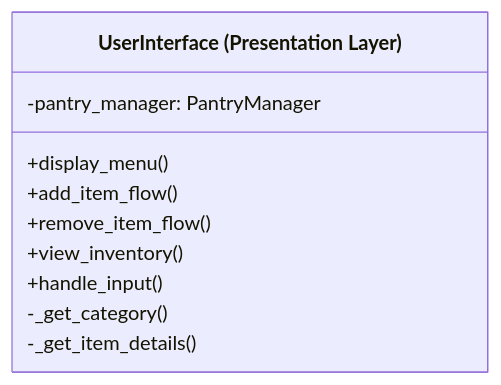
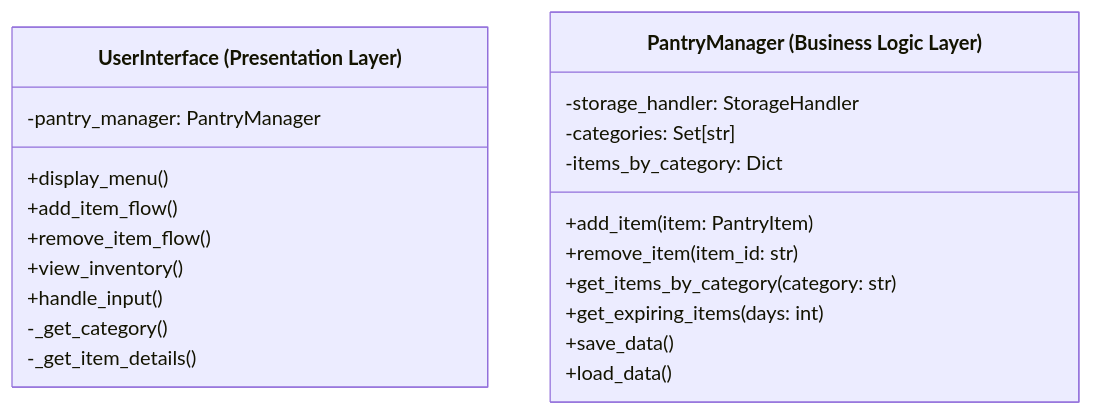
The diagram in cwd_3c/class_Diagram.md (ostafford/cwd_playground), drawn with Mermaid before and after one commit. The commit also changed other lines of this file, not shown here.

````diff
--- a/cwd_3c/class_Diagram.md
+++ b/cwd_3c/class_Diagram.md
@@ -1,15 +1,25 @@
 ```mermaid
 classDiagram
-    class Title ["UserInterface (Presentation Layer)"] {
+    class Presentation_Title ["UserInterface (Presentation Layer)"] {
         -pantry_manager: PantryManager
         +display_menu()
         +add_item_flow()
         +remove_item_flow()
         +view_inventory()
         +handle_input()
         -_get_category()
         -_get_item_details()
     }
 
-
+class Business_Logic_Title ["PantryManager (Business Logic Layer)"] {
+        -storage_handler: StorageHandler
+        -categories: Set[str]
+        -items_by_category: Dict
+        +add_item(item: PantryItem)
+        +remove_item(item_id: str)
+        +get_items_by_category(category: str)
+        +get_expiring_items(days: int)
+        +save_data()
+        +load_data()
+    }
 ```
````
